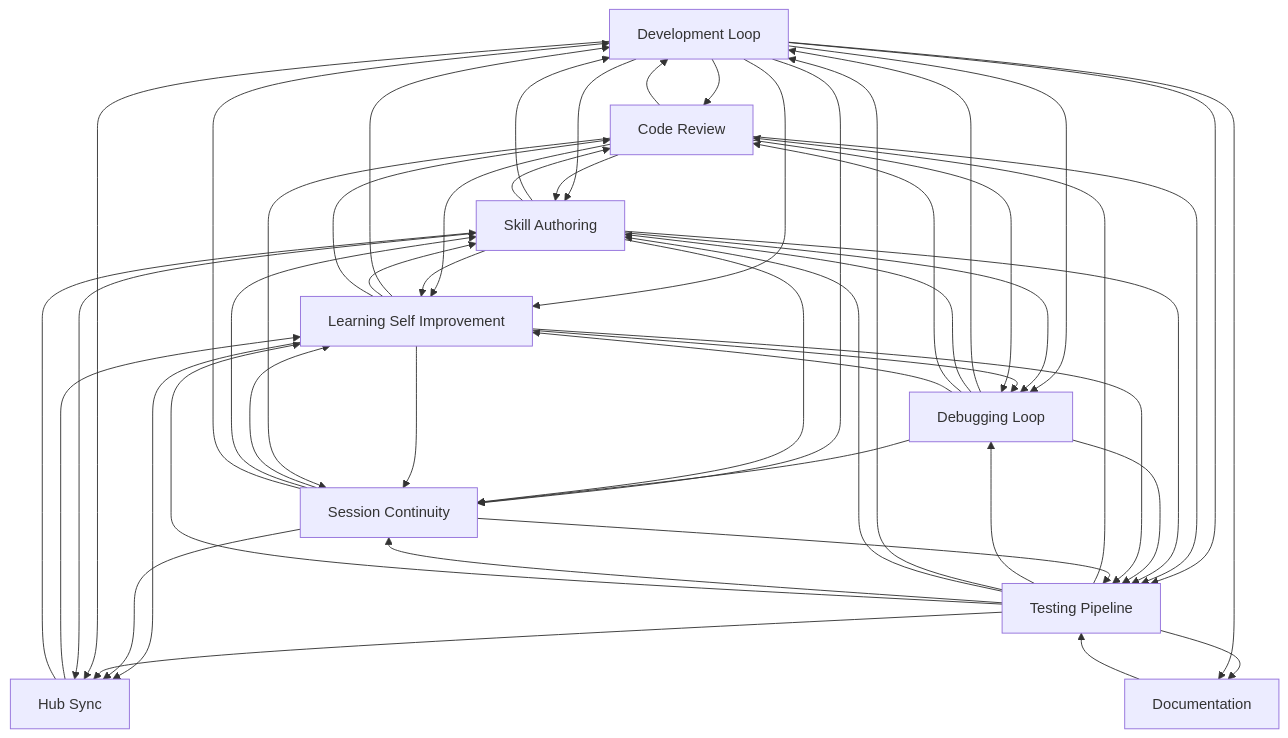
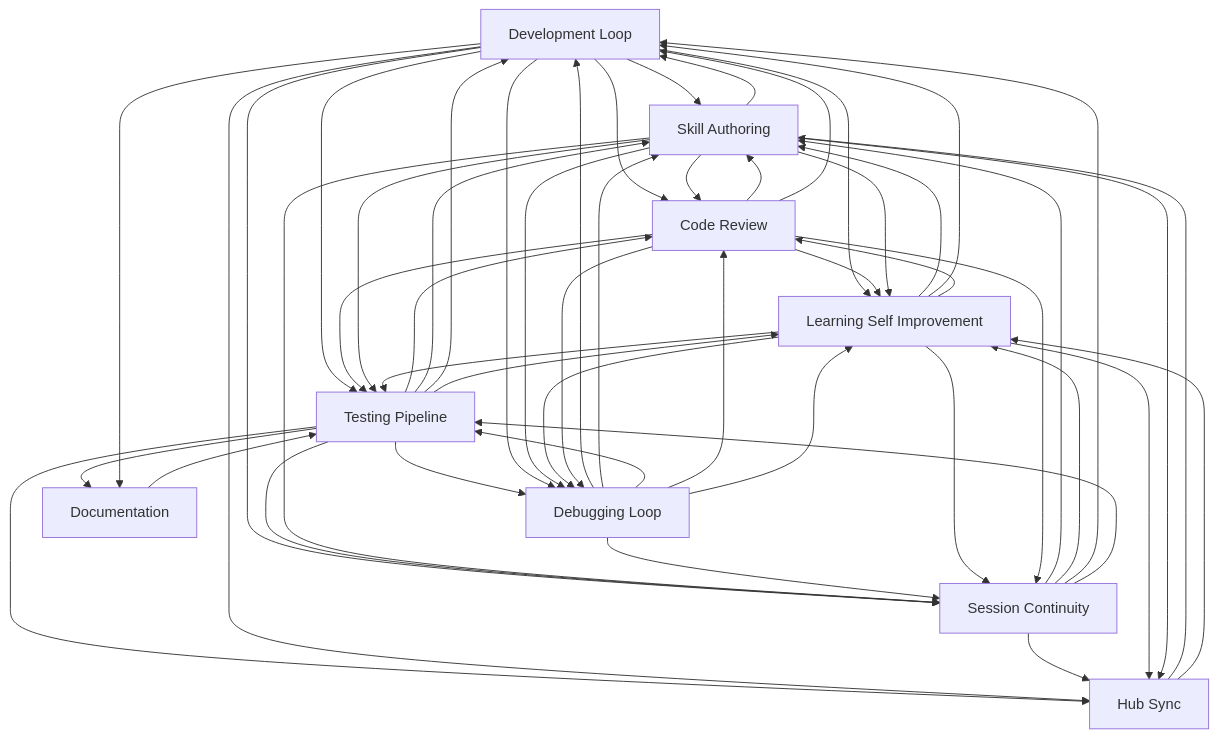
One commit to abhayla/claude-best-practices changed the diagram in docs/workflows/INDEX.md. Above: the diagram before and after it, drawn with Mermaid. The commit also changed other lines of this file and 11 other files, not shown here.

````diff
--- a/docs/workflows/INDEX.md
+++ b/docs/workflows/INDEX.md
@@ -21,62 +21,62 @@
 ```mermaid
 graph TD
     development_loop[Development Loop]
     testing_pipeline[Testing Pipeline]
     debugging_loop[Debugging Loop]
     learning_self_improvement[Learning Self Improvement]
     session_continuity[Session Continuity]
     skill_authoring[Skill Authoring]
     code_review[Code Review]
     documentation[Documentation]
     hub_sync[Hub Sync]
     documentation --> testing_pipeline
+    development_loop --> skill_authoring
     development_loop --> code_review
-    development_loop --> skill_authoring
+    code_review --> skill_authoring
     code_review --> development_loop
-    code_review --> skill_authoring
     development_loop --> learning_self_improvement
     development_loop --> testing_pipeline
     code_review --> learning_self_improvement
     code_review --> testing_pipeline
     testing_pipeline --> code_review
     testing_pipeline --> debugging_loop
+    testing_pipeline --> skill_authoring
     testing_pipeline --> development_loop
-    testing_pipeline --> skill_authoring
     skill_authoring --> development_loop
     skill_authoring --> code_review
     skill_authoring --> learning_self_improvement
     skill_authoring --> testing_pipeline
     development_loop --> session_continuity
     testing_pipeline --> session_continuity
+    skill_authoring --> session_continuity
+    debugging_loop --> development_loop
     debugging_loop --> session_continuity
-    debugging_loop --> development_loop
-    skill_authoring --> session_continuity
     development_loop --> debugging_loop
+    skill_authoring --> debugging_loop
     debugging_loop --> skill_authoring
     debugging_loop --> testing_pipeline
     debugging_loop --> code_review
-    skill_authoring --> debugging_loop
     testing_pipeline --> learning_self_improvement
     debugging_loop --> learning_self_improvement
+    learning_self_improvement --> skill_authoring
+    learning_self_improvement --> testing_pipeline
     learning_self_improvement --> development_loop
-    learning_self_improvement --> skill_authoring
     learning_self_improvement --> debugging_loop
-    learning_self_improvement --> testing_pipeline
     learning_self_improvement --> code_review
     code_review --> debugging_loop
     learning_self_improvement --> session_continuity
     code_review --> session_continuity
-    learning_self_improvement --> hub_sync
+    testing_pipeline --> hub_sync
+    development_loop --> hub_sync
+    session_continuity --> skill_authoring
     session_continuity --> learning_self_improvement
     session_continuity --> hub_sync
-    session_continuity --> skill_authoring
-    testing_pipeline --> hub_sync
-    development_loop --> hub_sync
+    learning_self_improvement --> hub_sync
     testing_pipeline --> documentation
     development_loop --> documentation
     session_continuity --> development_loop
     session_continuity --> testing_pipeline
     skill_authoring --> hub_sync
+    hub_sync --> skill_authoring
     hub_sync --> learning_self_improvement
-    hub_sync --> skill_authoring
 ```
````
